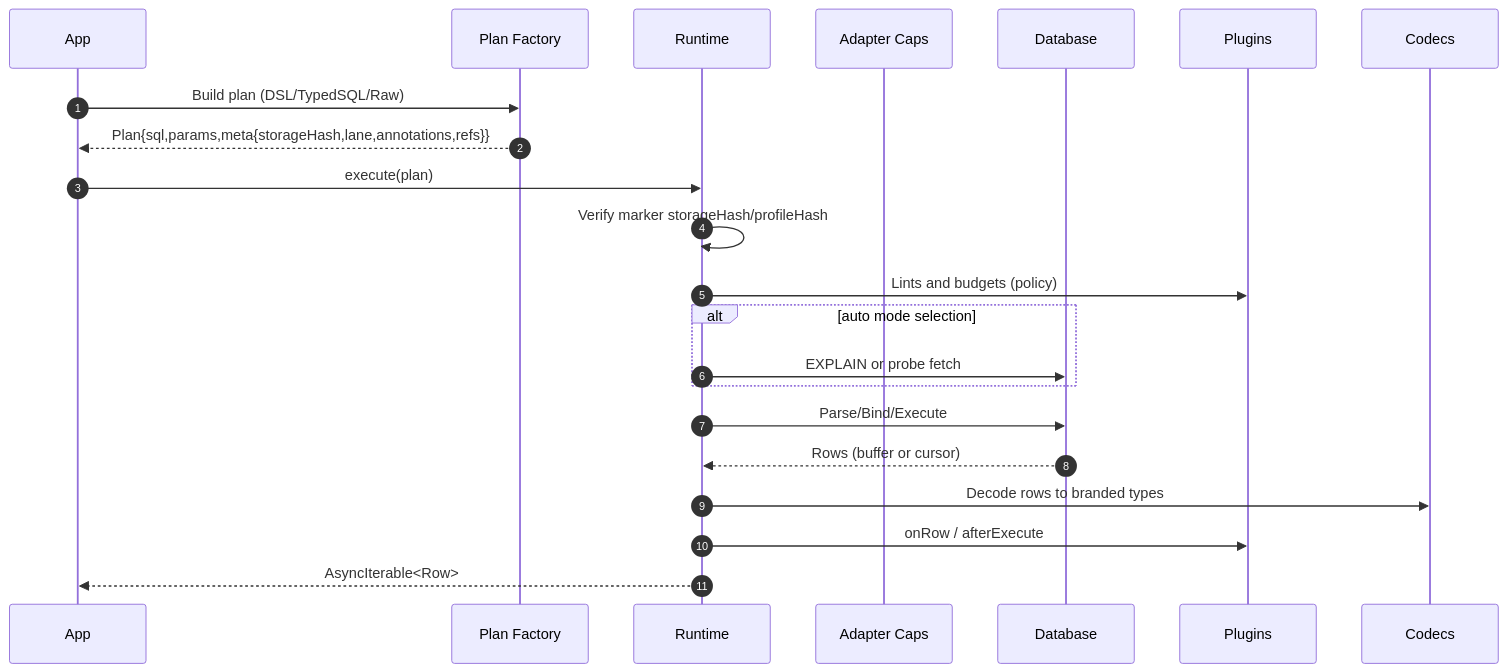
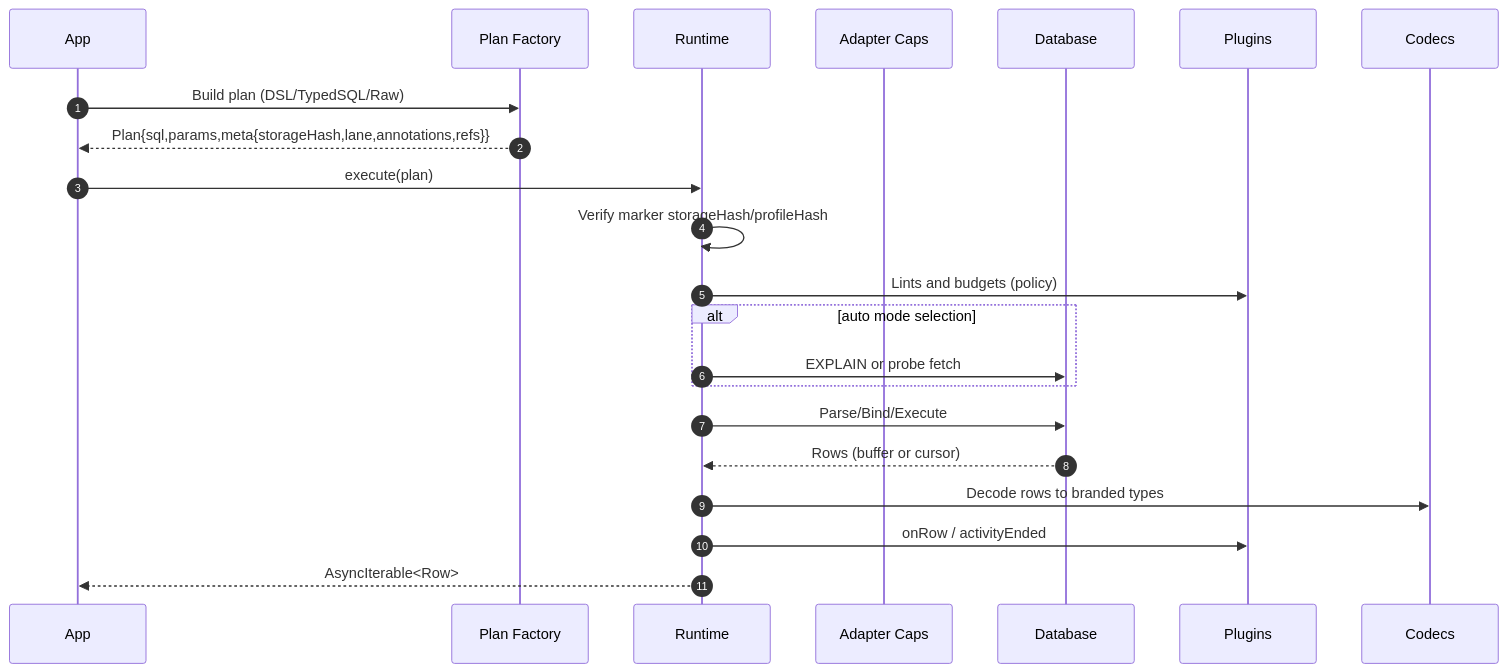
One commit to prisma/prisma changed the third of 4 diagrams in docs/Architecture Overview.md. Above: the diagram before and after it, drawn with Mermaid. The commit also changed 17 other files, not shown here.

````diff
--- a/docs/Architecture Overview.md
+++ b/docs/Architecture Overview.md
@@ -216,25 +216,25 @@
 ```mermaid
 sequenceDiagram
   autonumber
   participant App as App
   participant Factory as Plan Factory
   participant Runtime as Runtime
   participant Caps as Adapter Caps
   participant DB as Database
   participant Plugins as Plugins
   participant Codecs as Codecs
 
   App->>Factory: Build plan (DSL/TypedSQL/Raw)
   Factory-->>App: Plan{sql,params,meta{storageHash,lane,annotations,refs}}
   App->>Runtime: execute(plan)
   Runtime->>Runtime: Verify marker storageHash/profileHash
   Runtime->>Plugins: Lints and budgets (policy)
   alt auto mode selection
     Runtime->>DB: EXPLAIN or probe fetch
   end
   Runtime->>DB: Parse/Bind/Execute
   DB-->>Runtime: Rows (buffer or cursor)
   Runtime->>Codecs: Decode rows to branded types
-  Runtime->>Plugins: onRow / afterExecute
+  Runtime->>Plugins: onRow / activityEnded
   Runtime-->>App: AsyncIterable<Row>
 ```
````
